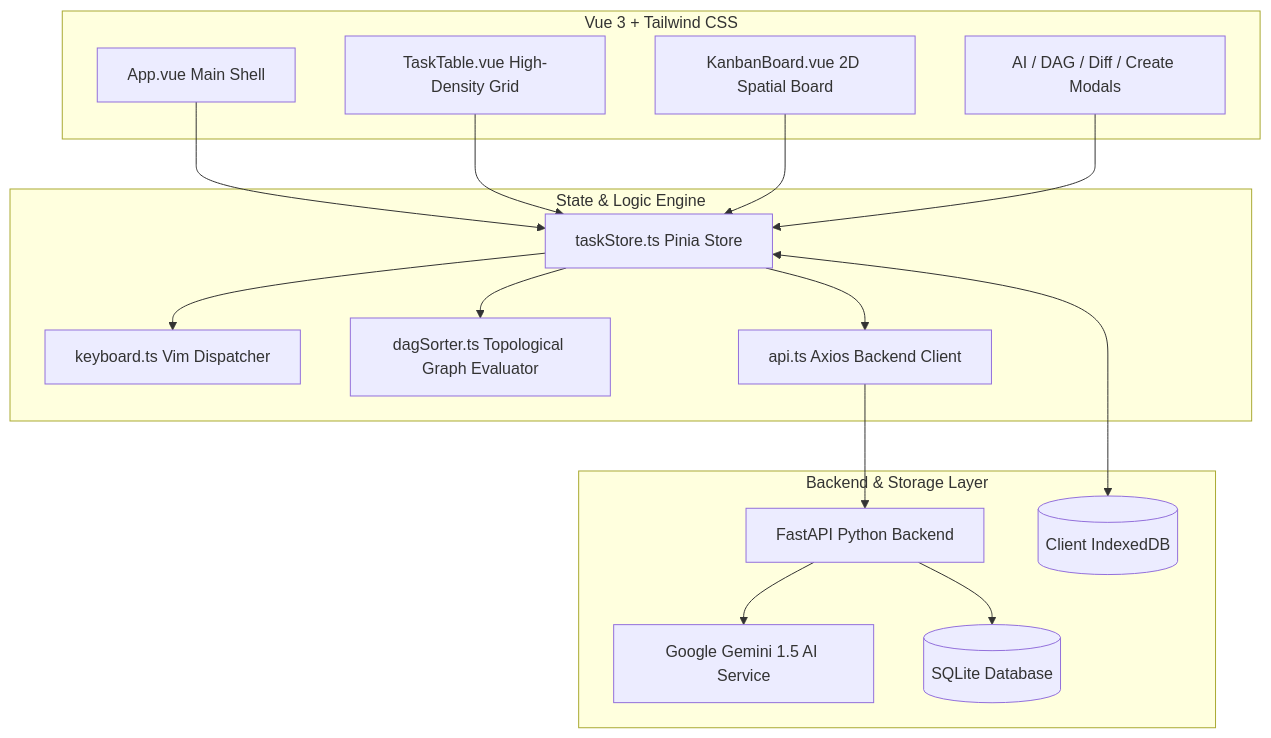
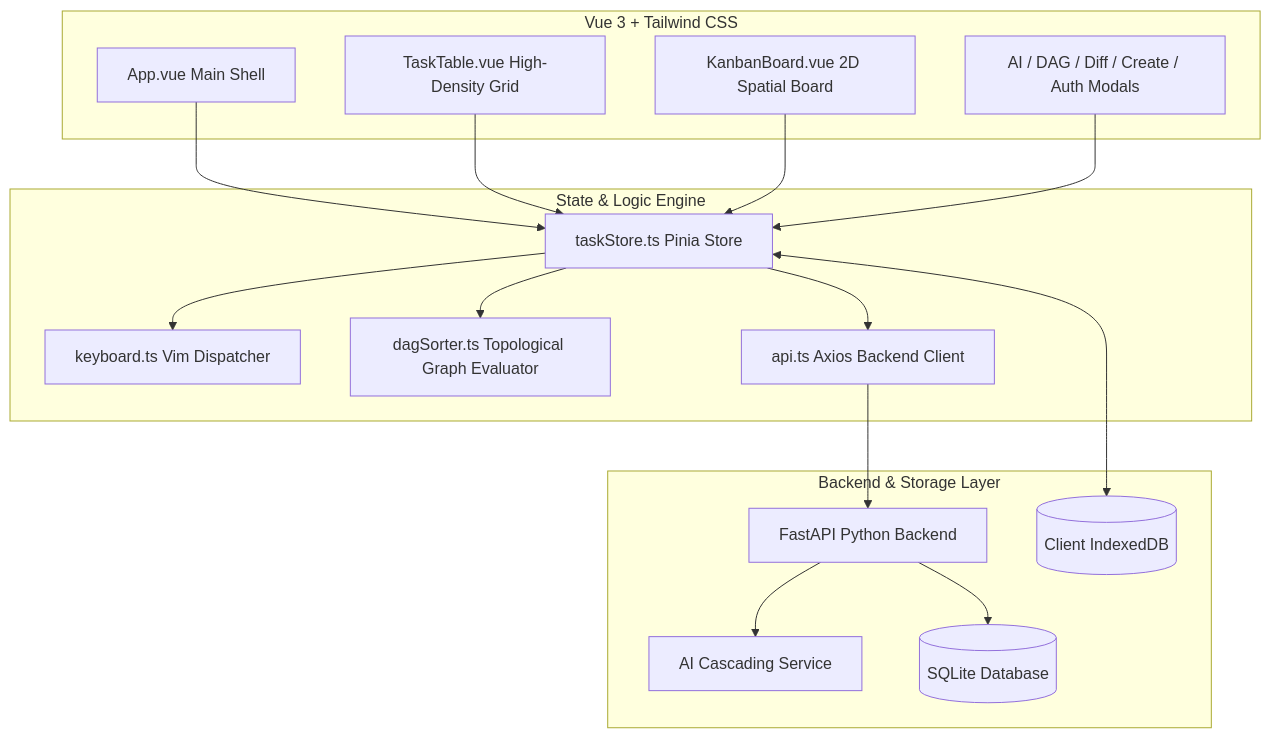
Before and after one commit to tupm2006/koshi: the diagram in submission/nhom4/README.md, drawn with Mermaid. The commit also changed other lines of this file and 170 other files, not shown here.

````diff
--- a/submission/nhom4/README.md
+++ b/submission/nhom4/README.md
@@ -42,36 +58,36 @@
 ```mermaid
 graph TB
     subgraph UI Layer [Vue 3 + Tailwind CSS]
         App[App.vue Main Shell]
         Table[TaskTable.vue High-Density Grid]
         Kanban[KanbanBoard.vue 2D Spatial Board]
-        Modals[AI / DAG / Diff / Create Modals]
+        Modals[AI / DAG / Diff / Create / Auth Modals]
     end
 
     subgraph State & Logic Engine
         Store[taskStore.ts Pinia Store]
         Kbd[keyboard.ts Vim Dispatcher]
         DAG[dagSorter.ts Topological Graph Evaluator]
         API[api.ts Axios Backend Client]
     end
 
     subgraph Backend & Storage Layer
         FastAPI[FastAPI Python Backend]
-        Gemini[Google Gemini 1.5 AI Service]
+        AI[AI Cascading Service]
         SQLite[(SQLite Database)]
         IDB[(Client IndexedDB)]
     end
 
     App --> Store
     Table --> Store
     Kanban --> Store
     Modals --> Store
 
     Store --> DAG
     Store --> Kbd
     Store --> API
     API --> FastAPI
-    FastAPI --> Gemini
+    FastAPI --> AI
     FastAPI --> SQLite
     Store <--> IDB
 ```
````
